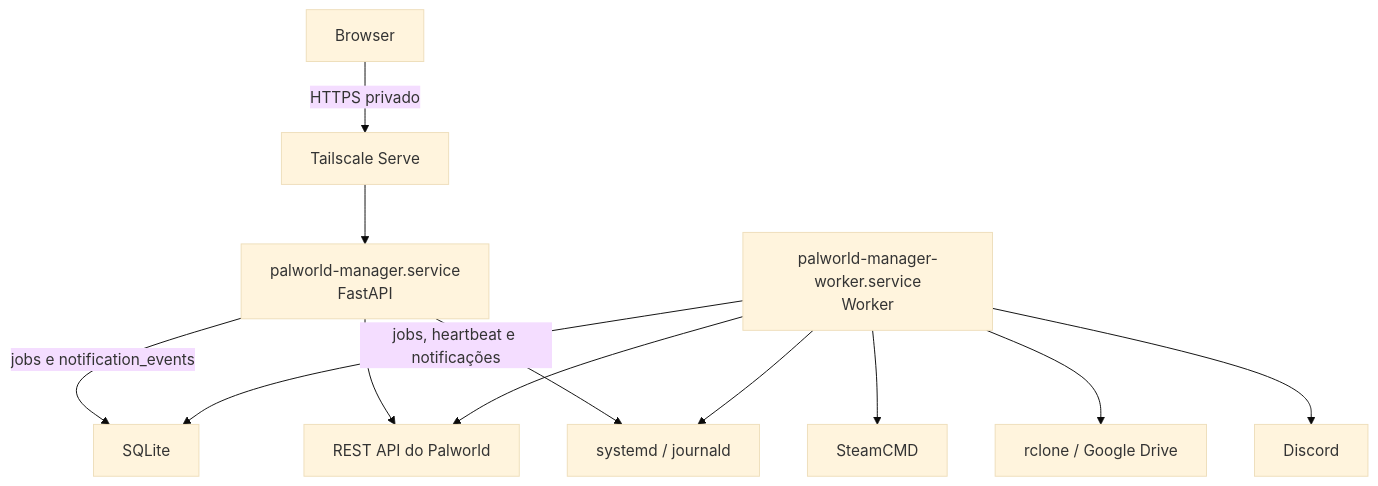
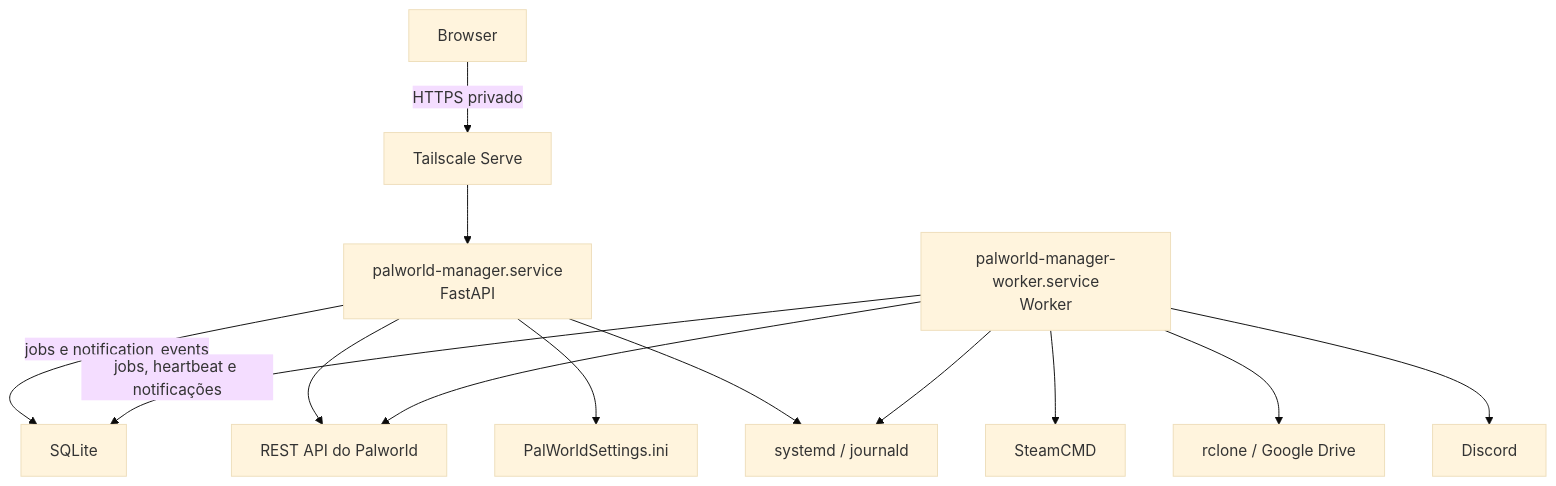
Before and after one commit to josecarlosromeiro1986/palworld-manager: the diagram in docs/architecture/overview.md, drawn with Mermaid (base theme). The commit also changed other lines of this file and 20 other files, not shown here.

````diff
--- a/docs/architecture/overview.md
+++ b/docs/architecture/overview.md
@@ -11,14 +11,15 @@
 ```mermaid
 flowchart TD
     Browser -->|HTTPS privado| Tailscale["Tailscale Serve"]
     Tailscale --> Web["palworld-manager.service<br/>FastAPI"]
     Web -->|jobs e notification_events| SQLite
     Worker["palworld-manager-worker.service<br/>Worker"] -->|jobs, heartbeat e notificações| SQLite
     Web --> PalAPI["REST API do Palworld"]
+    Web --> PalIni["PalWorldSettings.ini"]
     Worker --> PalAPI
     Web --> Systemd["systemd / journald"]
     Worker --> Systemd
     Worker --> SteamCMD
     Worker --> Rclone["rclone / Google Drive"]
     Worker --> Discord
 ```
````
